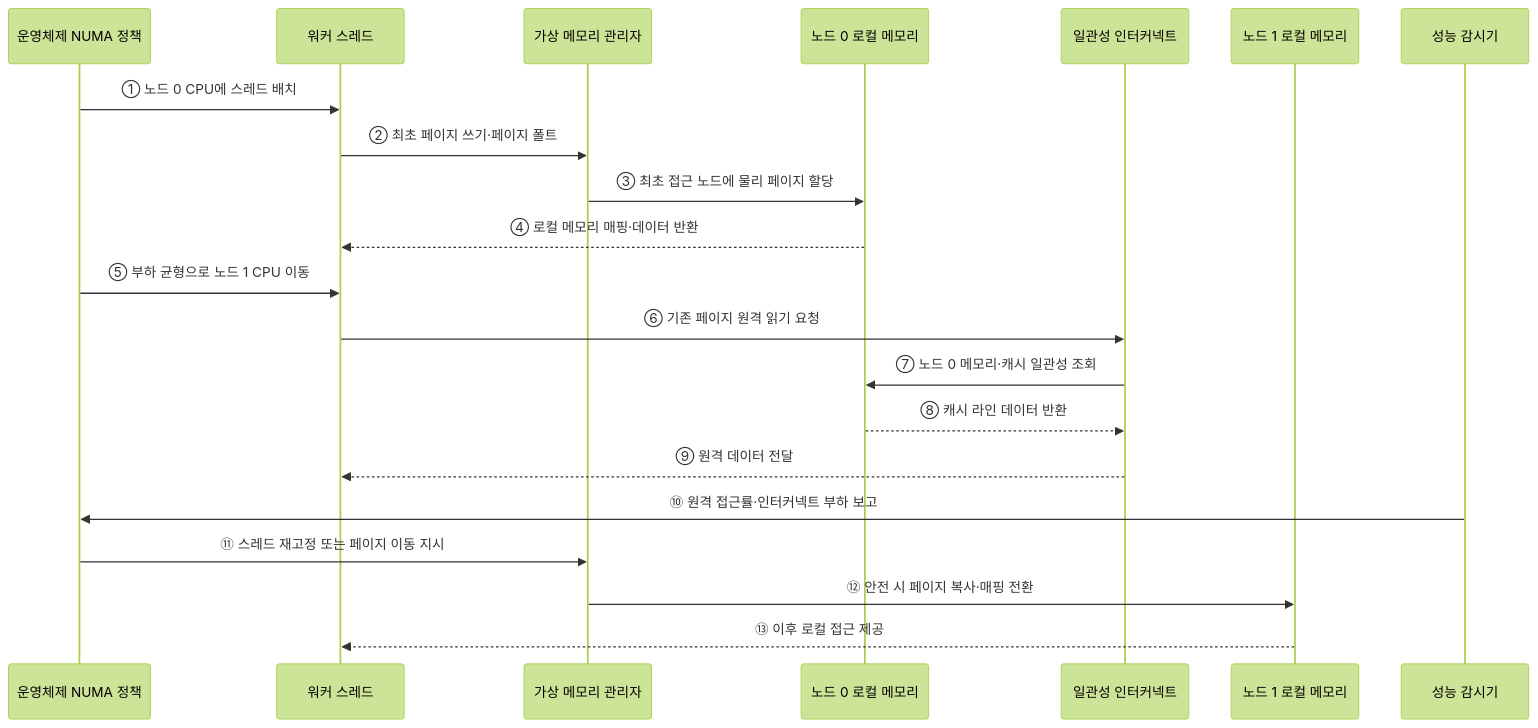
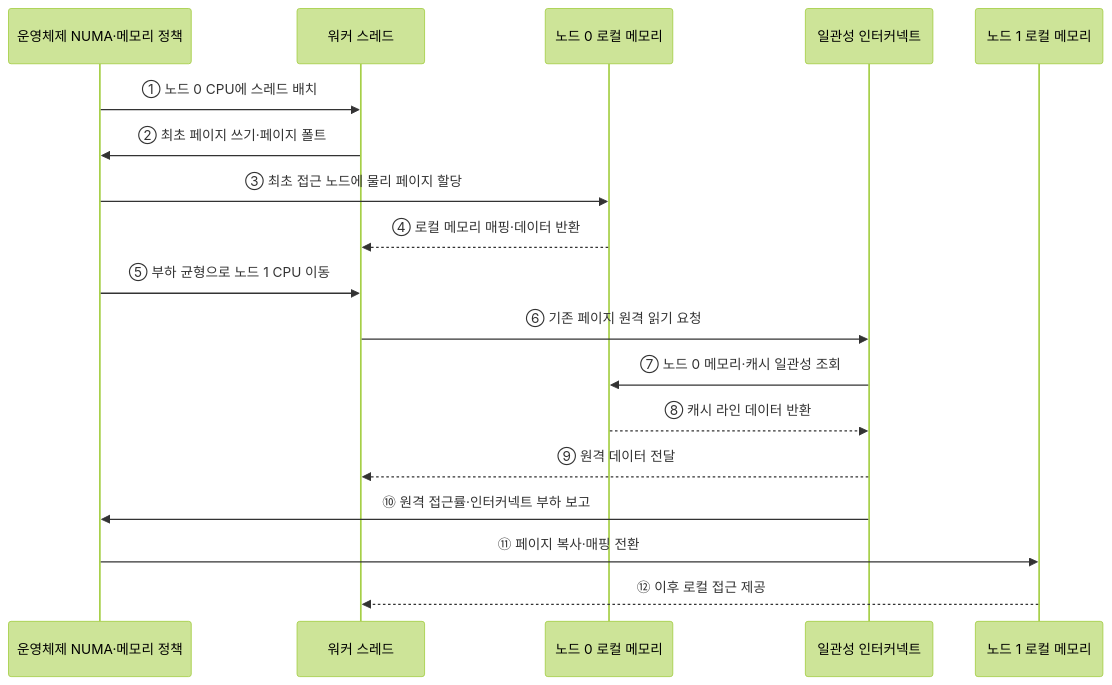
Before and after one commit to agnusdei1207/knowledge-base: the second of 2 diagrams in src/content/docs/notes/02-hardware/093_multi_socket_server_smp.md, drawn with Mermaid (forest theme). The commit also changed other lines of this file and 14 other files, not shown here.

````diff
--- a/src/content/docs/notes/02-hardware/093_multi_socket_server_smp.md
+++ b/src/content/docs/notes/02-hardware/093_multi_socket_server_smp.md
@@ -94,24 +86,21 @@
 ```mermaid
 sequenceDiagram
-    participant O as 운영체제 NUMA 정책
+    participant O as 운영체제 NUMA·메모리 정책
     participant T as 워커 스레드
-    participant V as 가상 메모리 관리자
     participant M0 as 노드 0 로컬 메모리
     participant I as 일관성 인터커넥트
     participant M1 as 노드 1 로컬 메모리
-    participant P as 성능 감시기
 
     O->>T: ① 노드 0 CPU에 스레드 배치
-    T->>V: ② 최초 페이지 쓰기·페이지 폴트
-    V->>M0: ③ 최초 접근 노드에 물리 페이지 할당
+    T->>O: ② 최초 페이지 쓰기·페이지 폴트
+    O->>M0: ③ 최초 접근 노드에 물리 페이지 할당
     M0-->>T: ④ 로컬 메모리 매핑·데이터 반환
     O->>T: ⑤ 부하 균형으로 노드 1 CPU 이동
     T->>I: ⑥ 기존 페이지 원격 읽기 요청
     I->>M0: ⑦ 노드 0 메모리·캐시 일관성 조회
     M0-->>I: ⑧ 캐시 라인 데이터 반환
     I-->>T: ⑨ 원격 데이터 전달
-    P->>O: ⑩ 원격 접근률·인터커넥트 부하 보고
-    O->>V: ⑪ 스레드 재고정 또는 페이지 이동 지시
-    V->>M1: ⑫ 안전 시 페이지 복사·매핑 전환
-    M1-->>T: ⑬ 이후 로컬 접근 제공
+    I->>O: ⑩ 원격 접근률·인터커넥트 부하 보고
+    O->>M1: ⑪ 페이지 복사·매핑 전환
+    M1-->>T: ⑫ 이후 로컬 접근 제공
 ```
````
